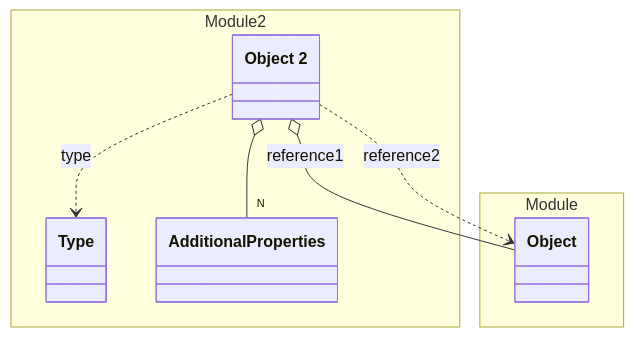
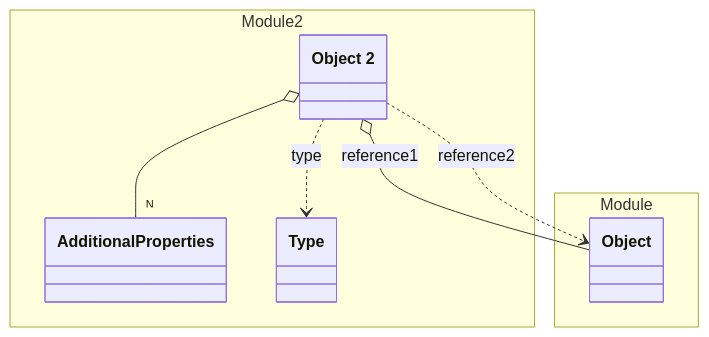
The diagram in tests/java/expected/Module2/Object2.yaml.md (lizzyTheLizard/domain-schema-documentation), drawn with Mermaid before and after one commit. The commit also changed other lines of this file and 125 other files, not shown here.

First line of the commit message:
Schema normalizer (#11)

````diff
--- a/tests/java/expected/Module2/Object2.yaml.md
+++ b/tests/java/expected/Module2/Object2.yaml.md
@@ -5,19 +5,19 @@
 ```mermaid
 classDiagram
 namespace Module 2 {
   class _Module2_Object2_yaml["Object 2"]
+  class AdditionalProperties["AdditionalProperties"]
   class Type["Type"]
-  class AdditionalProperties["AdditionalProperties"]
 }
 namespace Module {
   class _Module_Object_yaml["Object"]
 }
 _Module2_Object2_yaml ..> Type :type
 _Module2_Object2_yaml o-- _Module_Object_yaml :reference1
 _Module2_Object2_yaml ..> _Module_Object_yaml :reference2
 _Module2_Object2_yaml o--" N" AdditionalProperties 
 click _Module2_Object2_yaml href "./Object2.yaml.html" "Object 2"
+click AdditionalProperties href "./Object2.yaml.html" "Object 2"
 click Type href "./Object2.yaml.html" "Object 2"
-click AdditionalProperties href "./Object2.yaml.html" "Object 2"
 click _Module_Object_yaml href "../Module/Object.yaml.html" "Object"
 ```
````
